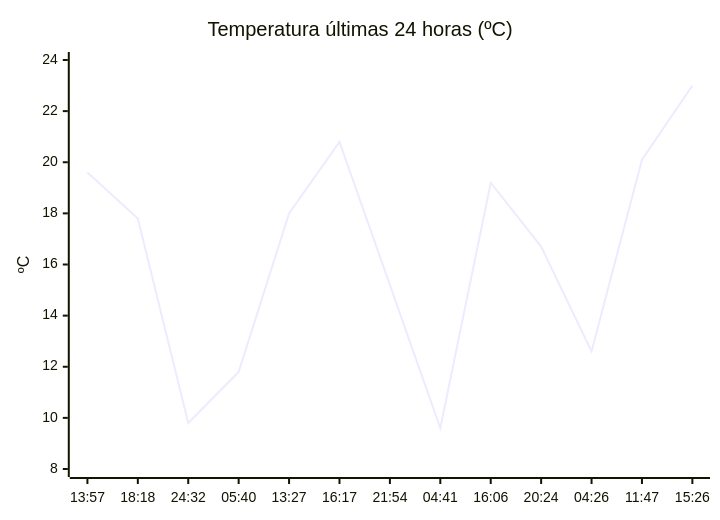
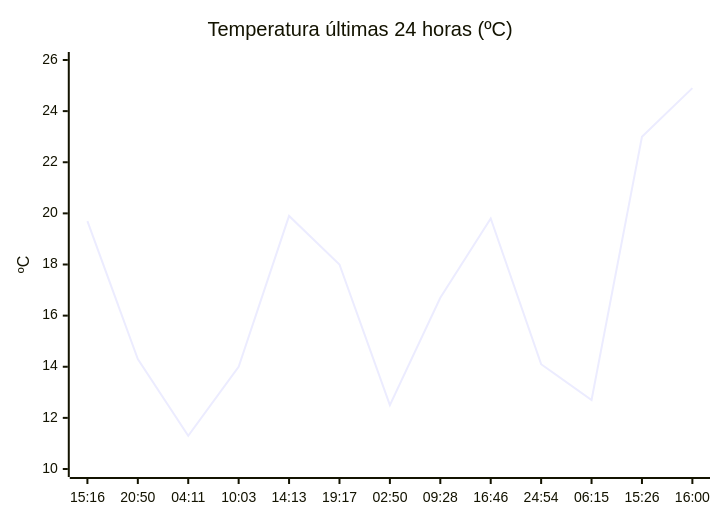
One commit to solidsnk86/rem-scrap changed the diagram in README.md. Above: the diagram before and after it, drawn with Mermaid. The commit also changed other lines of this file, not shown here.

````diff
--- a/README.md
+++ b/README.md
@@ -28,7 +36,7 @@
 ```mermaid
 xychart-beta
     title "Temperatura últimas 24 horas (ºC)"
-    x-axis ["13:57", "18:18", "24:32", "05:40", "13:27", "16:17", "21:54", "04:41", "16:06", "20:24", "04:26", "11:47", "15:26"]
-    y-axis "ºC" 8 --> 24
-    line [19.6, 17.8, 9.8, 11.8, 18, 20.8, 15.2, 9.6, 19.2, 16.7, 12.6, 20.1, 23]
+    x-axis ["15:16", "20:50", "04:11", "10:03", "14:13", "19:17", "02:50", "09:28", "16:46", "24:54", "06:15", "15:26", "16:00"]
+    y-axis "ºC" 10 --> 26
+    line [19.7, 14.3, 11.3, 14, 19.9, 18, 12.5, 16.7, 19.8, 14.1, 12.7, 23, 24.9]
 ```
````
